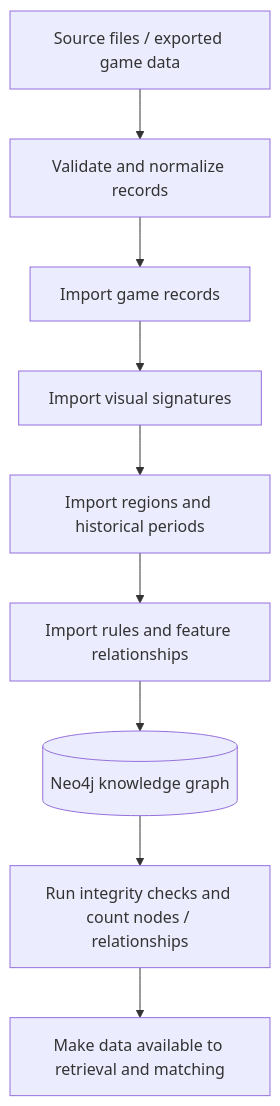
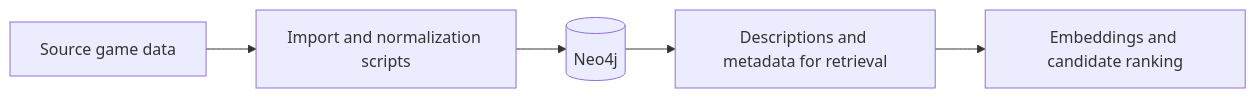
One commit to salma12814/ludii-game-intelligence changed the fourth of 4 diagrams in README.md. Above: the diagram before and after it, drawn with Mermaid. The commit also changed other lines of this file, not shown here.

````diff
--- a/README.md
+++ b/README.md
@@ -208,11 +142,7 @@
 ```mermaid
-flowchart TD
-    A[Source files / exported game data] --> B[Validate and normalize records]
-    B --> C[Import game records]
-    C --> D[Import visual signatures]
-    D --> E[Import regions and historical periods]
-    E --> F[Import rules and feature relationships]
-    F --> G[(Neo4j knowledge graph)]
-    G --> H[Run integrity checks and count nodes / relationships]
-    H --> I[Make data available to retrieval and matching]
+flowchart LR
+    SRC[Source game data] --> IMP[Import and normalization scripts]
+    IMP --> GRAPH[(Neo4j)]
+    GRAPH --> CORPUS[Descriptions and metadata for retrieval]
+    CORPUS --> EMB[Embeddings and candidate ranking]
 ```
````
